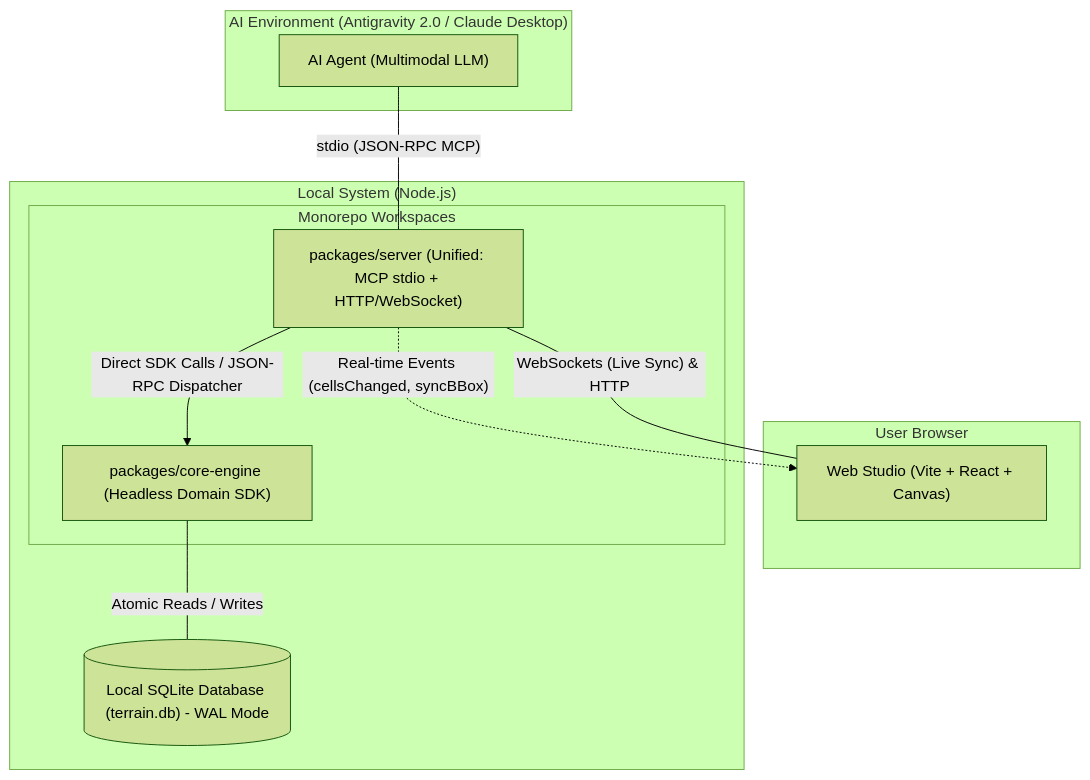
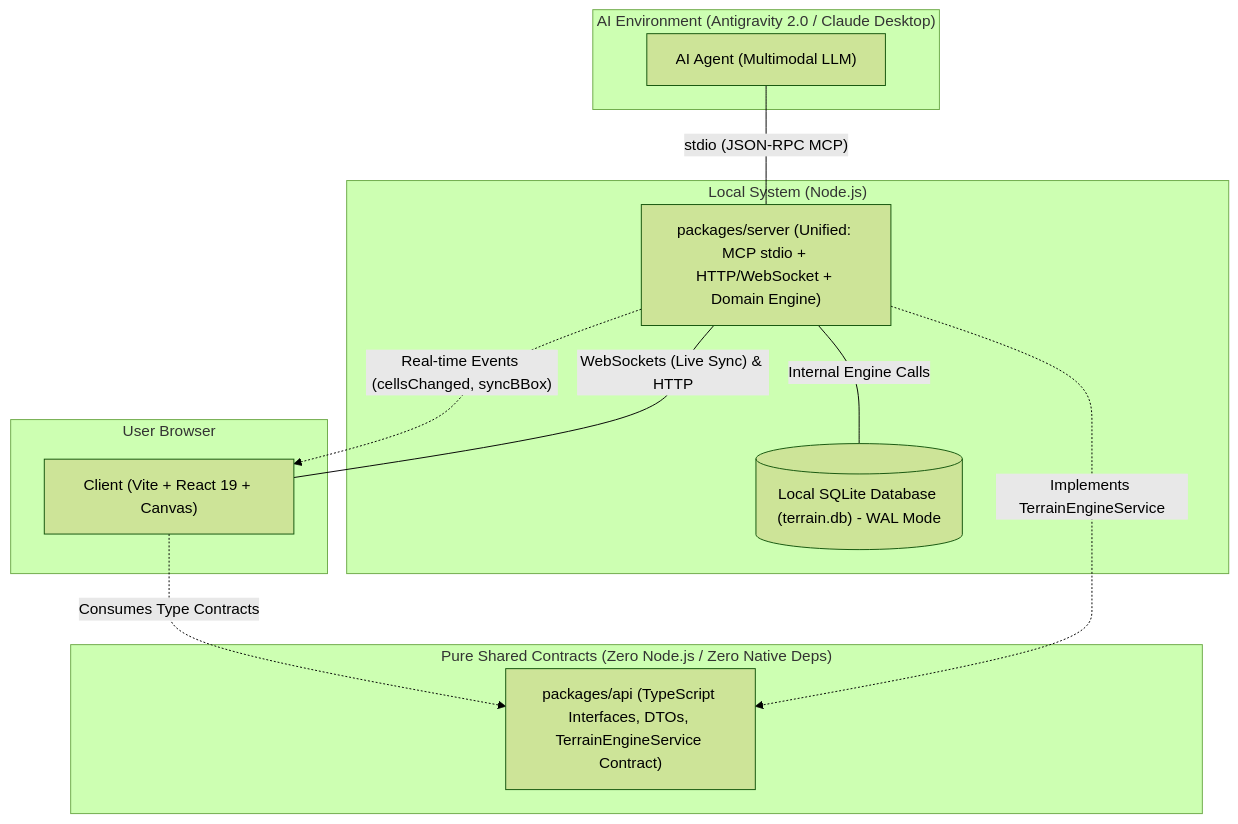
Before and after one commit to alexandremenif/brick-wargame-terrain-studio: the diagram in specs/02_system_architecture/index.md, drawn with Mermaid (forest theme). The commit also changed other lines of this file and 65 other files, not shown here.

First line of the commit message:
refactor: isolate api package, restructure monorepo topology, and scaffold client UI foundation

````diff
--- a/specs/02_system_architecture/index.md
+++ b/specs/02_system_architecture/index.md
@@ -9,26 +9,27 @@
 ```mermaid
 flowchart TD
   subgraph AIEnv["AI Environment (Antigravity 2.0 / Claude Desktop)"]
     Agent["AI Agent (Multimodal LLM)"]
   end
 
   subgraph UserEnv["User Browser"]
-    WebApp["Web Studio (Vite + React + Canvas)"]
+    WebApp["Client (Vite + React 19 + Canvas)"]
+  end
+
+  subgraph SharedContracts["Pure Shared Contracts (Zero Node.js / Zero Native Deps)"]
+    Api["packages/api (TypeScript Interfaces, DTOs, TerrainEngineService Contract)"]
   end
 
   subgraph HostSystem["Local System (Node.js)"]
-    subgraph Packages["Monorepo Workspaces"]
-      Server["packages/server (Unified: MCP stdio + HTTP/WebSocket)"]
-      Core["packages/core-engine (Headless Domain SDK)"]
-    end
+    Server["packages/server (Unified: MCP stdio + HTTP/WebSocket + Domain Engine)"]
     SQLite[("Local SQLite Database (terrain.db) - WAL Mode")]
   end
 
   Agent ---|"stdio (JSON-RPC MCP)"| Server
   WebApp ---|"WebSockets (Live Sync) & HTTP"| Server
+  WebApp -.->|"Consumes Type Contracts"| Api
+  Server -.->|"Implements TerrainEngineService"| Api
 
-  Server -->|"Direct SDK Calls / JSON-RPC Dispatcher"| Core
-  Core ---|"Atomic Reads / Writes"| SQLite
-
+  Server ---|"Internal Engine Calls"| SQLite
   Server -.->|"Real-time Events (cellsChanged, syncBBox)"| WebApp
 ```
````
